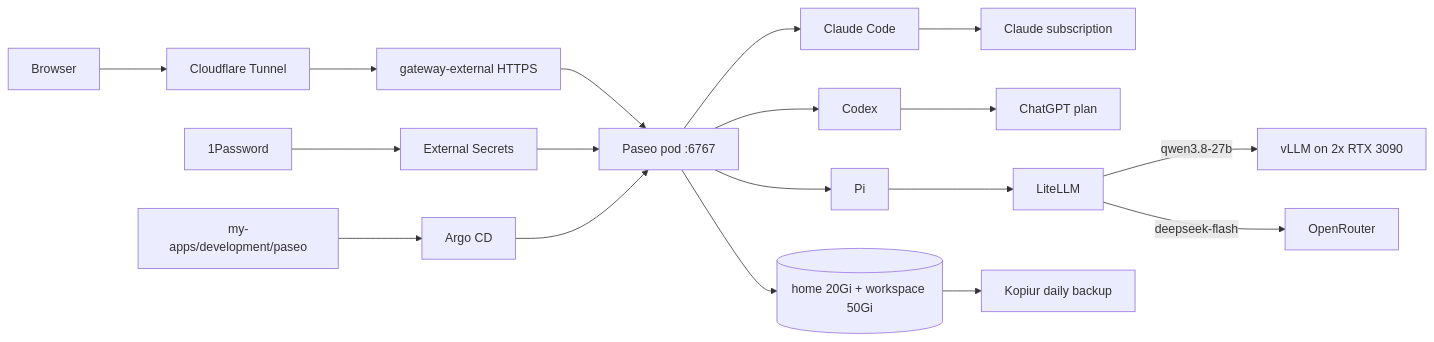
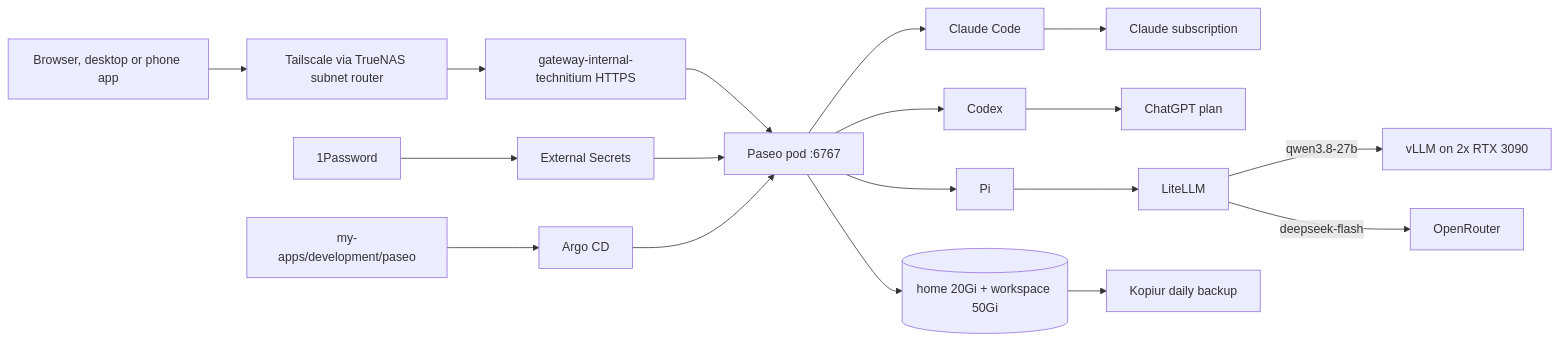
Before and after one commit to mitchross/talos-argocd-proxmox: the diagram in docs/domains/ai-gpu/paseo.md, drawn with Mermaid. The commit also changed other lines of this file and 3 other files, not shown here.

First line of the commit message:
fix(paseo): serve Paseo on the internal gateway only, reach it through Tailscale (#2849)

````diff
--- a/docs/domains/ai-gpu/paseo.md
+++ b/docs/domains/ai-gpu/paseo.md
@@ -13,12 +13,12 @@
 ```mermaid
 flowchart LR
-    Browser --> CF[Cloudflare Tunnel] --> GW[gateway-external HTTPS] --> Paseo[Paseo pod :6767]
+    Client[Browser, desktop or phone app] --> TS[Tailscale via TrueNAS subnet router] --> GW[gateway-internal-technitium HTTPS] --> Paseo[Paseo pod :6767]
     Vault[1Password] --> ESO[External Secrets] --> Paseo
     Git[my-apps/development/paseo] --> Argo[Argo CD] --> Paseo
     Paseo --> Claude[Claude Code] --> Anthropic[Claude subscription]
     Paseo --> Codex[Codex] --> OpenAI[ChatGPT plan]
     Paseo --> Pi[Pi] --> LiteLLM
     LiteLLM -->|qwen3.8-27b| vLLM[vLLM on 2x RTX 3090]
     LiteLLM -->|deepseek-flash| OR[OpenRouter]
     Paseo --> Vols[(home 20Gi + workspace 50Gi)] --> Kopiur[Kopiur daily backup]
 ```
````
